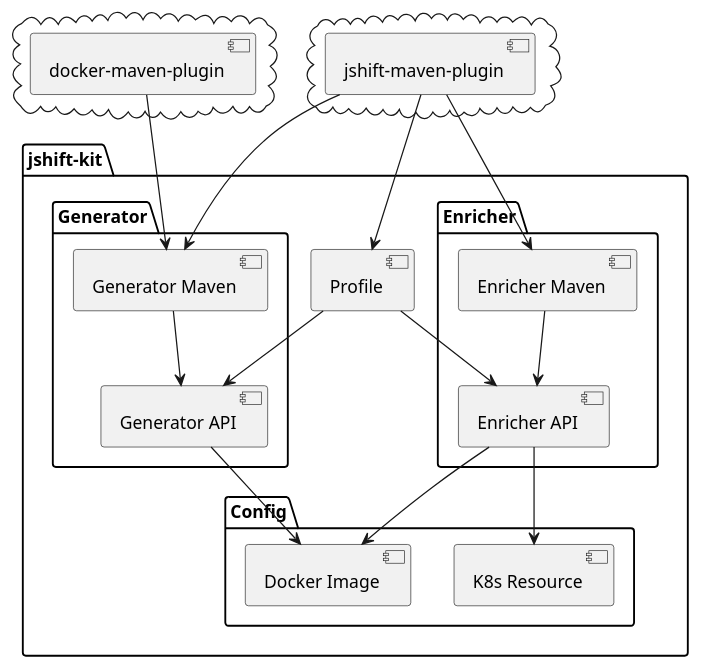
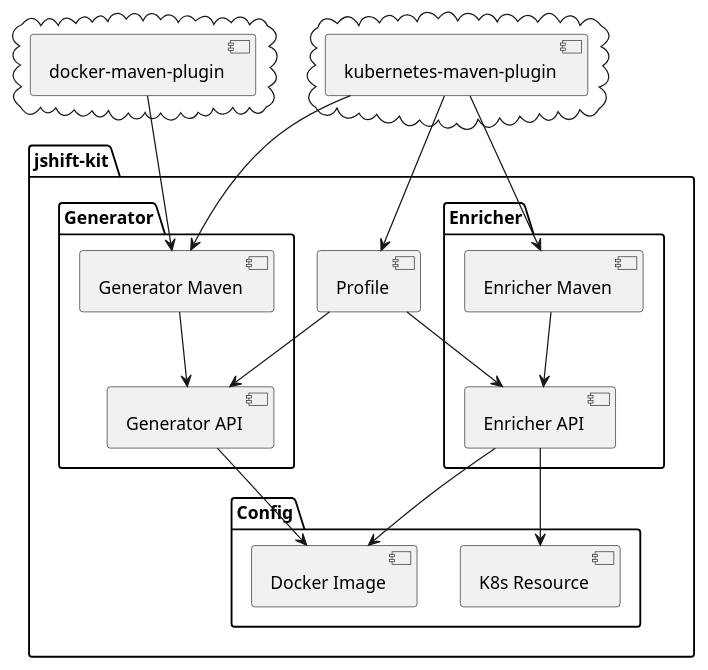
Before and after one commit to jshiftio/jshift-kit: the diagram in doc/src/main/asciidoc/inc/diagrams/overview.plantuml, drawn with PlantUML. The commit also changed 2 other files, not shown here.

```diff
--- a/doc/src/main/asciidoc/inc/diagrams/overview.plantuml
+++ b/doc/src/main/asciidoc/inc/diagrams/overview.plantuml
@@ -1,35 +1,35 @@
 @startuml
 ' tag::uml[]
 package "jshift-kit" {
 
   package "Config" {
     [K8s Resource]
     [Docker Image]
   }
 
   package "Generator" {
     [Generator Maven] --> [Generator API]
     [Generator API] --> [Docker Image]
   }
 
   package "Enricher" {
     [Enricher Maven] --> [Enricher API]
     [Enricher API] --> [K8s Resource]
     [Enricher API] --> [Docker Image]
   }
 
   [Profile] --> [Generator API]
   [Profile] --> [Enricher API]
 }
 
 cloud {
   [docker-maven-plugin] --> [Generator Maven]
 }
 
 cloud {
-  [jshift-maven-plugin] --> [Generator Maven]
-  [jshift-maven-plugin] --> [Enricher Maven]
-  [jshift-maven-plugin] --> [Profile]
+  [kubernetes-maven-plugin] --> [Generator Maven]
+  [kubernetes-maven-plugin] --> [Enricher Maven]
+  [kubernetes-maven-plugin] --> [Profile]
 }
 ' end::uml[]
 @enduml
```
